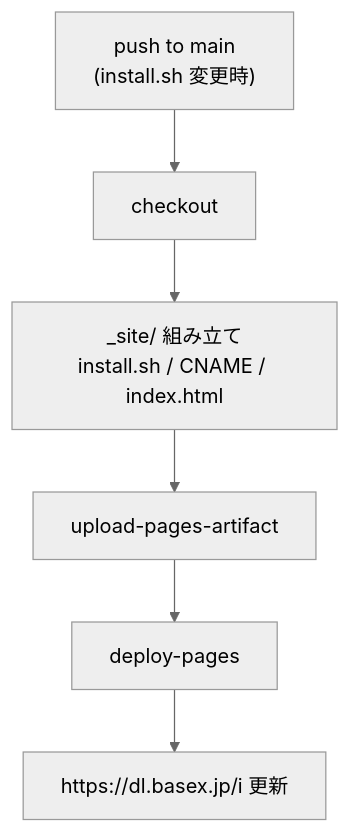
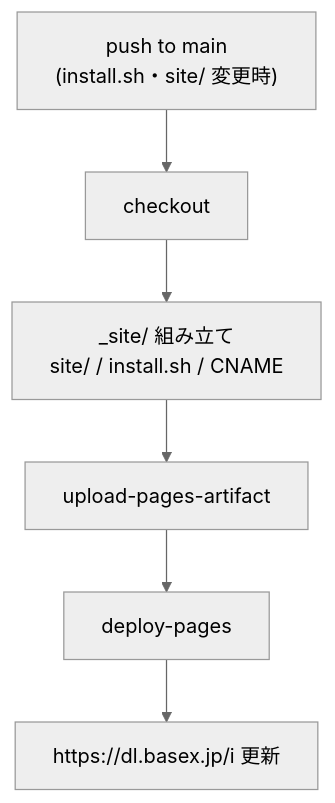
Before and after one commit to devbasex/devbase: the second of 3 diagrams in docs/developer/installer-hosting.md, drawn with Mermaid (neutral theme). The commit also changed other lines of this file and 3 other files, not shown here.

````diff
--- a/docs/developer/installer-hosting.md
+++ b/docs/developer/installer-hosting.md
@@ -85,8 +86,8 @@
 ```mermaid
 flowchart TD
-    A["push to main<br/>(install.sh 変更時)"] --> B["checkout"]
-    B --> C["_site/ 組み立て<br/>install.sh / CNAME / index.html"]
+    A["push to main<br/>(install.sh・site/ 変更時)"] --> B["checkout"]
+    B --> C["_site/ 組み立て<br/>site/ / install.sh / CNAME"]
     C --> D["upload-pages-artifact"]
     D --> E["deploy-pages"]
     E --> F["https://dl.basex.jp/i 更新"]
 ```
````
